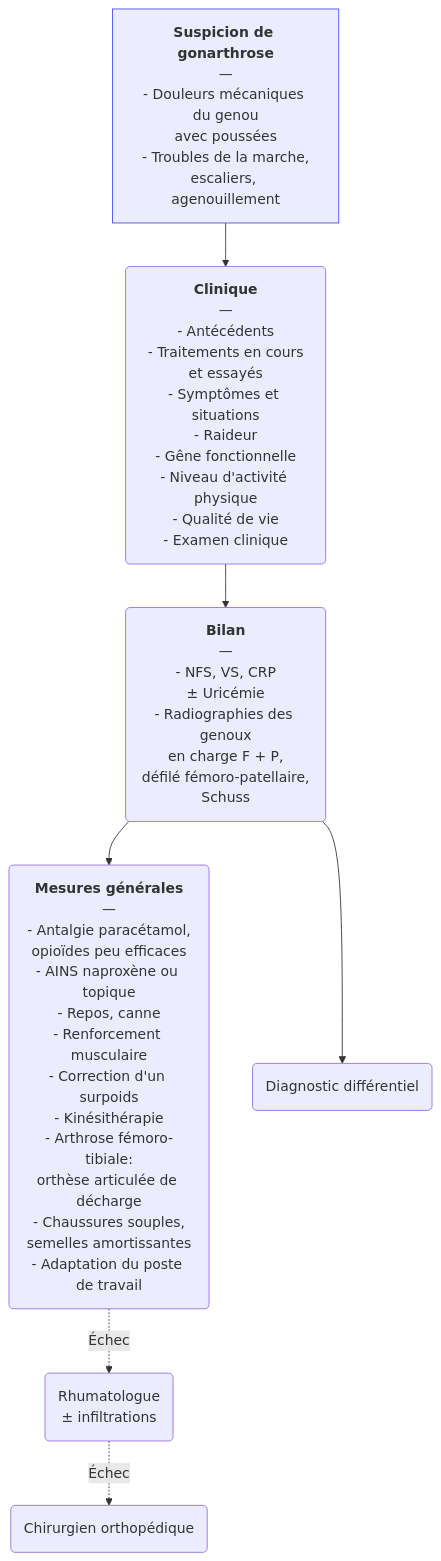
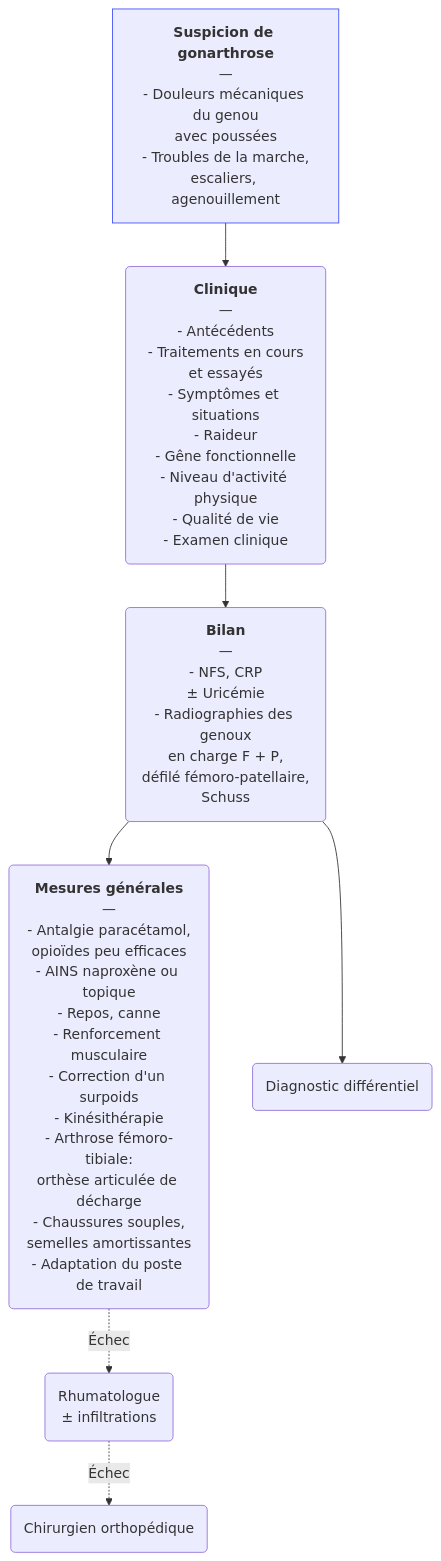
One commit to djibe/recommandations-medicales changed the diagram in content/recommandations/gonarthrose.md. Above: the diagram before and after it, drawn with Mermaid. The commit also changed 13 other files, not shown here.

```diff
--- a/content/recommandations/gonarthrose.md
+++ b/content/recommandations/gonarthrose.md
@@ -289,6 +289,6 @@
 {{< mermaid title="Prise en charge de la gonarthrose par le médecin généraliste. Dr JB Fron d'après SFRhumato" >}}
 graph TB
-  suspicion["<b>Suspicion de gonarthrose</b><br>—<br>- Douleurs mécaniques du genou<br>avec poussées<br>- Troubles de la marche,<br>escaliers, agenouillement"] --> clinique("<b>Clinique</b><br>—<br>- Antécédents<br>- Traitements en cours<br>et essayés<br>- Symptômes et situations<br>- Raideur<br>- Gêne fonctionnelle<br>- Niveau d'activité physique<br>- Qualité de vie<br>- Examen clinique") --> bilan("<b>Bilan</b><br>—<br>- NFS, VS, CRP<br>± Uricémie<br>- Radiographies des genoux<br>en charge F + P,<br>défilé fémoro-patellaire,<br>Schuss") --> mesures("<b>Mesures générales</b><br>—<br>- Antalgie paracétamol,<br>opioïdes peu efficaces<br>- AINS naproxène ou topique<br>- Repos, canne<br>- Renforcement musculaire<br>- Correction d'un surpoids<br>- Kinésithérapie<br>- Arthrose fémoro-tibiale:<br>orthèse articulée de décharge<br>- Chaussures souples,<br>semelles amortissantes<br>- Adaptation du poste de travail") -. Échec .-> rhumatologue("Rhumatologue<br>± infiltrations") -. Échec .-> orthopédie("Chirurgien orthopédique")
+  suspicion["<b>Suspicion de gonarthrose</b><br>—<br>- Douleurs mécaniques du genou<br>avec poussées<br>- Troubles de la marche,<br>escaliers, agenouillement"] --> clinique("<b>Clinique</b><br>—<br>- Antécédents<br>- Traitements en cours<br>et essayés<br>- Symptômes et situations<br>- Raideur<br>- Gêne fonctionnelle<br>- Niveau d'activité physique<br>- Qualité de vie<br>- Examen clinique") --> bilan("<b>Bilan</b><br>—<br>- NFS, CRP<br>± Uricémie<br>- Radiographies des genoux<br>en charge F + P,<br>défilé fémoro-patellaire,<br>Schuss") --> mesures("<b>Mesures générales</b><br>—<br>- Antalgie paracétamol,<br>opioïdes peu efficaces<br>- AINS naproxène ou topique<br>- Repos, canne<br>- Renforcement musculaire<br>- Correction d'un surpoids<br>- Kinésithérapie<br>- Arthrose fémoro-tibiale:<br>orthèse articulée de décharge<br>- Chaussures souples,<br>semelles amortissantes<br>- Adaptation du poste de travail") -. Échec .-> rhumatologue("Rhumatologue<br>± infiltrations") -. Échec .-> orthopédie("Chirurgien orthopédique")
     bilan --> différentiel(Diagnostic différentiel)
   style suspicion stroke:#4150f5, stroke-width:1px
 {{< /mermaid >}}
```
